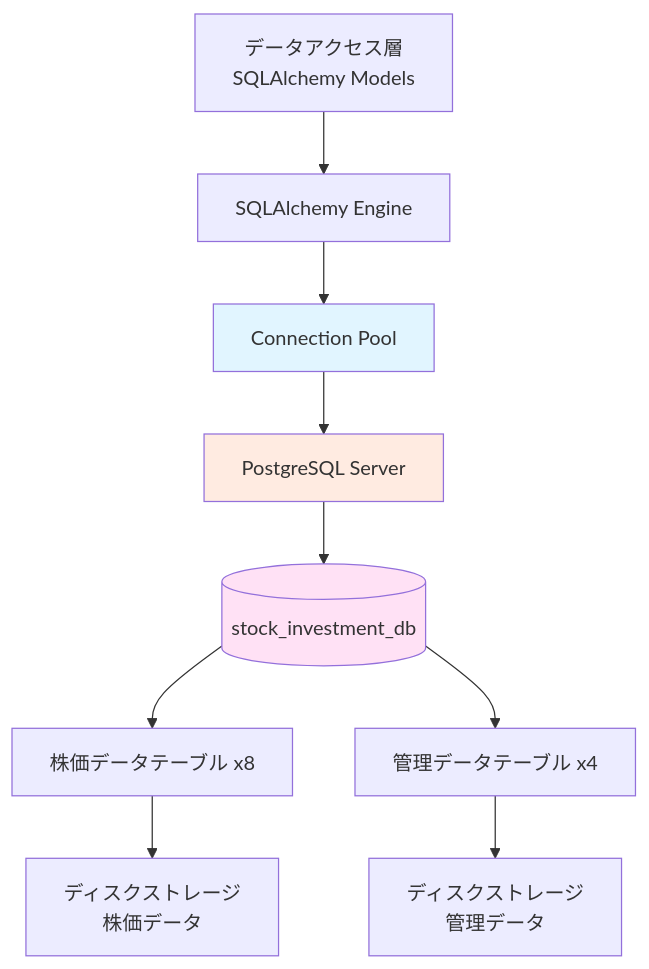
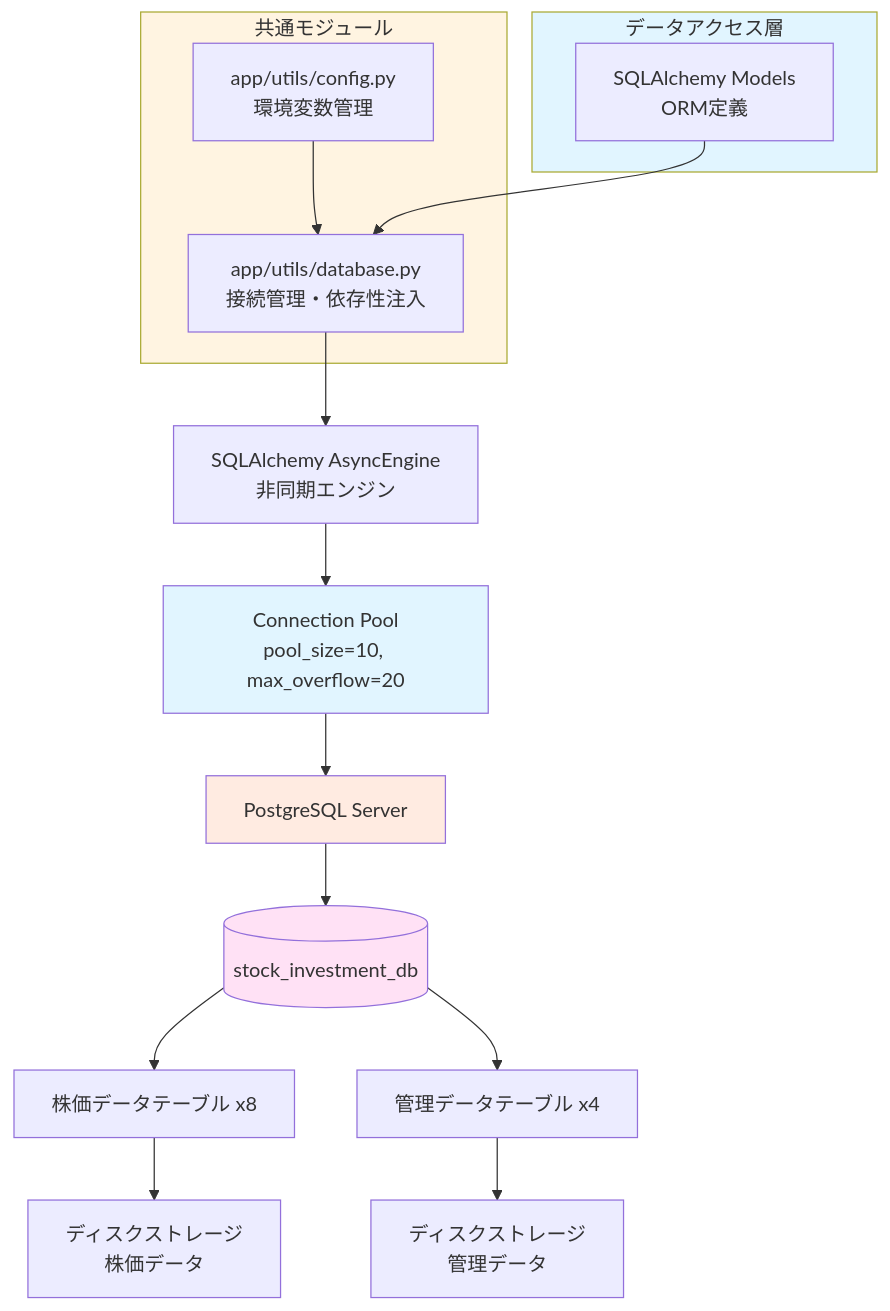
Before and after one commit to TIMMY-WEST/STOCK-INVESTMENT-ANALYZER: the diagram in docs/architecture/layers/data_storage_layer.md, drawn with Mermaid. The commit also changed other lines of this file and 1 other file, not shown here.

````diff
--- a/docs/architecture/layers/data_storage_layer.md
+++ b/docs/architecture/layers/data_storage_layer.md
@@ -82,18 +84,32 @@
 ```mermaid
 graph TB
-    DAL[データアクセス層<br/>SQLAlchemy Models] --> Engine[SQLAlchemy Engine]
-    Engine --> Pool[Connection Pool]
+    subgraph CommonModules[共通モジュール]
+        DatabaseUtil[app/utils/database.py<br/>接続管理・依存性注入]
+        ConfigUtil[app/utils/config.py<br/>環境変数管理]
+    end
+
+    subgraph DataAccessLayer[データアクセス層]
+        DAL[SQLAlchemy Models<br/>ORM定義]
+    end
+
+    ConfigUtil --> DatabaseUtil
+    DatabaseUtil --> Engine[SQLAlchemy AsyncEngine<br/>非同期エンジン]
+    DAL --> DatabaseUtil
+
+    Engine --> Pool[Connection Pool<br/>pool_size=10, max_overflow=20]
     Pool --> PG[PostgreSQL Server]
 
     PG --> DB[(stock_investment_db)]
 
     DB --> StockTables[株価データテーブル x8]
     DB --> MgmtTables[管理データテーブル x4]
 
     StockTables --> Disk1[ディスクストレージ<br/>株価データ]
     MgmtTables --> Disk2[ディスクストレージ<br/>管理データ]
 
+    style CommonModules fill:#fff4e1
+    style DataAccessLayer fill:#e1f5ff
     style PG fill:#ffebe1
     style DB fill:#ffe1f5
     style Pool fill:#e1f5ff
 ```
````
